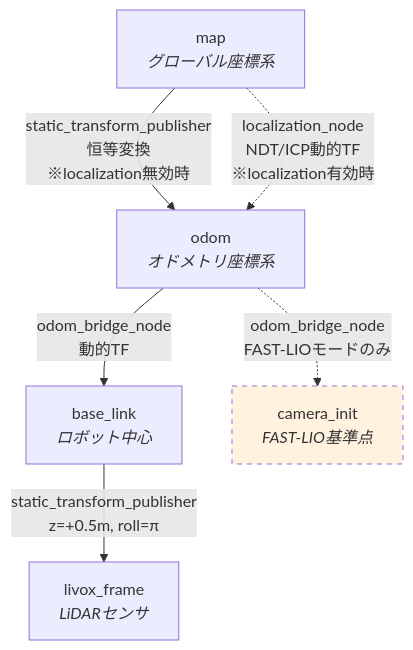
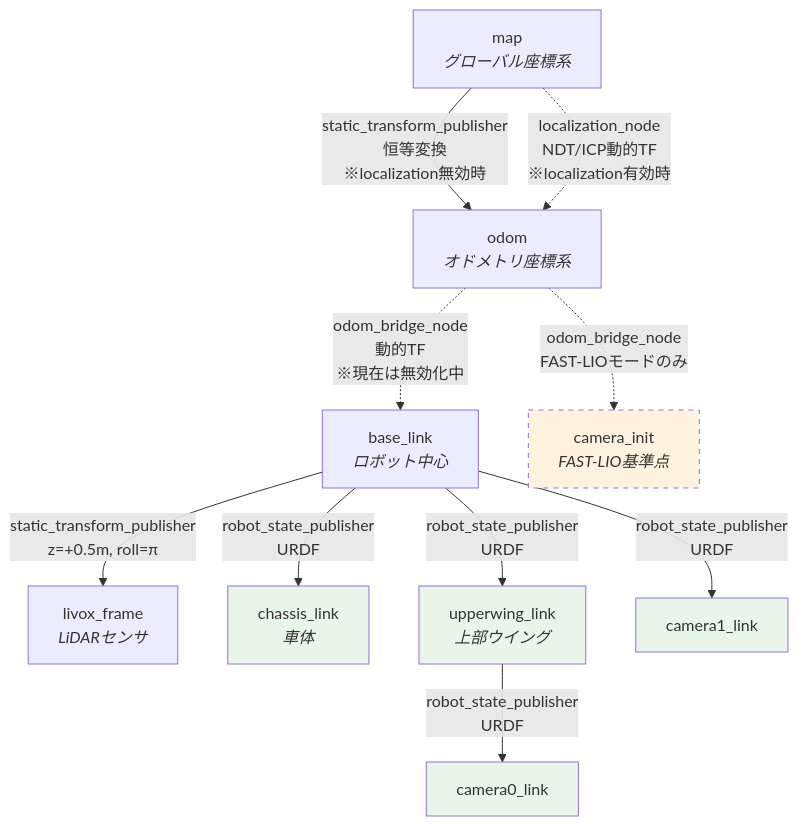
Before and after one commit to team-continue/core2026: the diagram in docs/architecture/tf-tree.md, drawn with Mermaid. The commit also changed other lines of this file and 3 other files, not shown here.

````diff
--- a/docs/architecture/tf-tree.md
+++ b/docs/architecture/tf-tree.md
@@ -5,16 +5,29 @@
 ```mermaid
 graph TD
     map["map<br/><i>グローバル座標系</i>"]
     odom["odom<br/><i>オドメトリ座標系</i>"]
     base_link["base_link<br/><i>ロボット中心</i>"]
     livox_frame["livox_frame<br/><i>LiDARセンサ</i>"]
     camera_init["camera_init<br/><i>FAST-LIO基準点</i>"]
+    chassis_link["chassis_link<br/><i>車体</i>"]
+    upperwing_link["upperwing_link<br/><i>上部ウイング</i>"]
+    camera0_link["camera0_link"]
+    camera1_link["camera1_link"]
 
     map -->|"static_transform_publisher<br/>恒等変換<br/>※localization無効時"| odom
     map -.->|"localization_node<br/>NDT/ICP動的TF<br/>※localization有効時"| odom
-    odom -->|"odom_bridge_node<br/>動的TF"| base_link
+    odom -.->|"odom_bridge_node<br/>動的TF<br/>※現在は無効化中"| base_link
     base_link -->|"static_transform_publisher<br/>z=+0.5m, roll=π"| livox_frame
     odom -.->|"odom_bridge_node<br/>FAST-LIOモードのみ"| camera_init
 
+    base_link -->|"robot_state_publisher<br/>URDF"| chassis_link
+    base_link -->|"robot_state_publisher<br/>URDF"| upperwing_link
+    base_link -->|"robot_state_publisher<br/>URDF"| camera1_link
+    upperwing_link -->|"robot_state_publisher<br/>URDF"| camera0_link
+
     style camera_init fill:#fff3e0,stroke-dasharray: 5 5
+    style chassis_link fill:#e8f5e9,color:#333
+    style upperwing_link fill:#e8f5e9,color:#333
+    style camera0_link fill:#e8f5e9,color:#333
+    style camera1_link fill:#e8f5e9,color:#333
 ```
````
